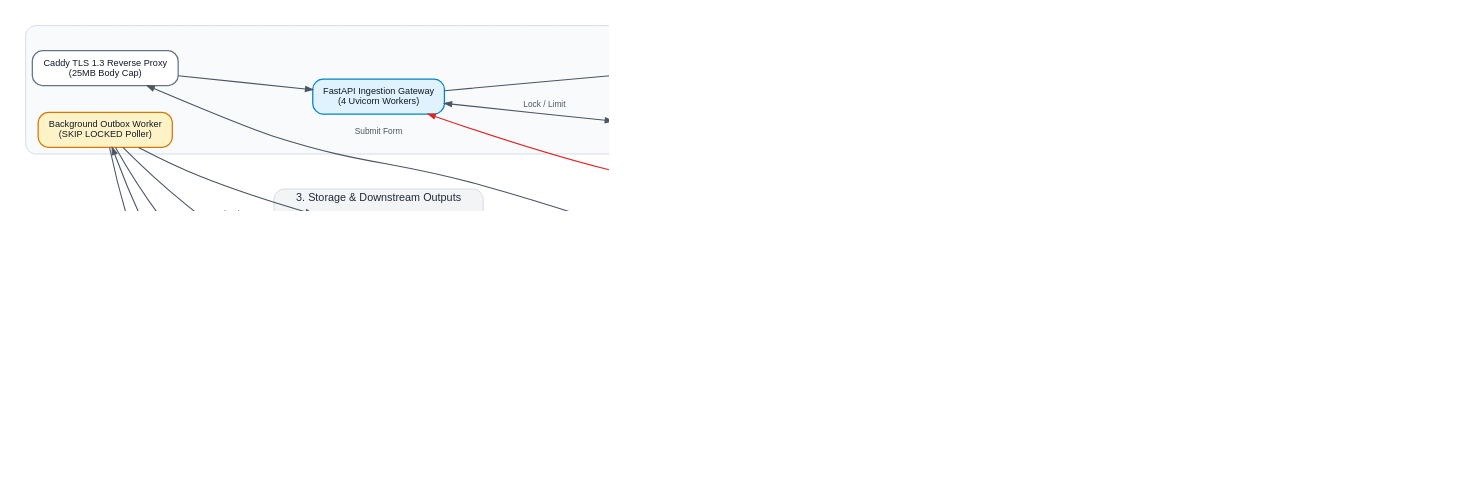
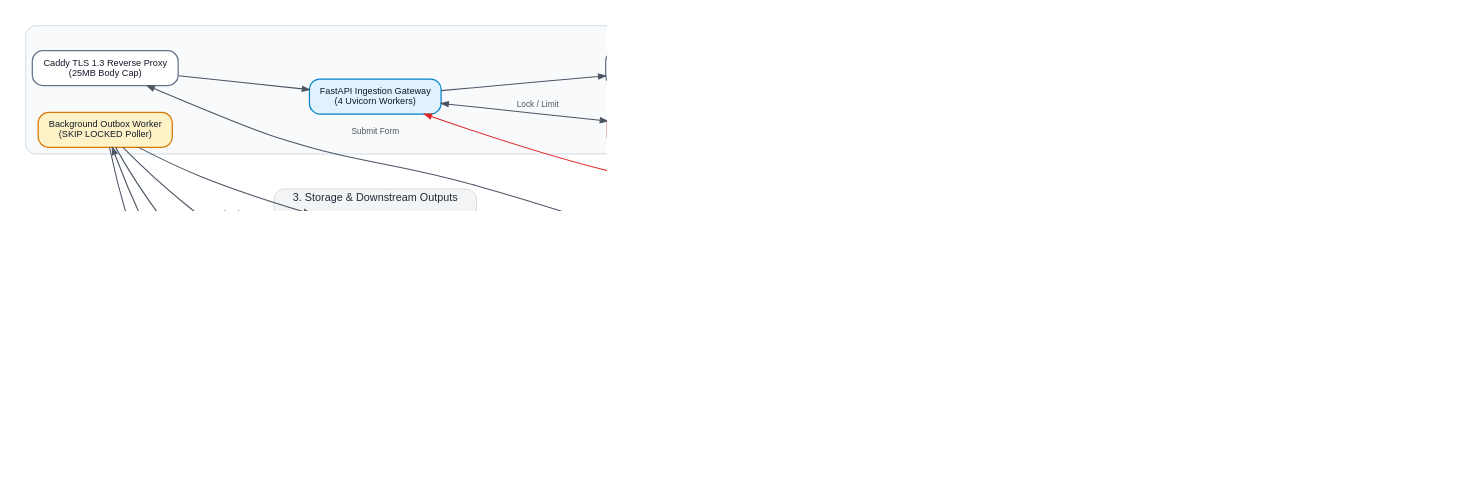
Before and after one commit to btanh3812155/survey-pipeline: the diagram in docs/charts/01_abstract_overall_flow.dot, drawn with Graphviz. The commit also changed 10 other files, not shown here.

Commit message:
docs: re-render all 7 flowcharts with 720x2160 dual-edge bounds and ribbon protection

```diff
--- a/docs/charts/01_abstract_overall_flow.dot
+++ b/docs/charts/01_abstract_overall_flow.dot
@@ -1,92 +1,92 @@
 
 digraph G {
     graph [
         rankdir=LR,
         bgcolor="white",
         dpi=180,
         compound=true,
         nodesep=0.45,
         ranksep=0.75,
         fontname="Helvetica, Arial, sans-serif",
         fontsize=13,
         fontcolor="#111827",
         pad="0.3,0.3"
     ];
     node [
         fontname="Helvetica, Arial, sans-serif",
         fontsize=11,
         fontcolor="#111827",
         shape=box,
         style="rounded,filled",
         fillcolor="#f9fafb",
         color="#9ca3af",
         penwidth=1.5,
         margin="0.2,0.12"
     ];
     edge [
         fontname="Helvetica, Arial, sans-serif",
         fontsize=10,
         fontcolor="#4b5563",
         color="#4b5563",
         penwidth=1.3,
         arrowsize=0.85
     ];
 
     subgraph cluster_edge {
         label="1. Edge Tier (Vietnam)";
         style="rounded,filled";
         fillcolor="#f3f4f6";
         color="#d1d5db";
         fontcolor="#1f2937";
         
         driver [label="Driver on Mobile\n(Lark Form + Telegram Group)", fillcolor="#e0f2fe", color="#0284c7"];
         tg_hub [label="Telegram Group Operational Hub\n(Drivers interact with Bot; Admins monitor live)", fillcolor="#e0f2fe", color="#0284c7"];
         staff [label="Management on Company PCs\n(Lark Base: Admin, QC, Telesales)", fillcolor="#ede9fe", color="#7c3aed"];
         clients [label="Paying Business Clients\n(Google Drive Customer Folder)", fillcolor="#fef3c7", color="#d97706"];
     }
 
     subgraph cluster_cloud {
         label="2. Cloud Processing Core (Singapore SGP1)";
         style="rounded,filled";
         fillcolor="#f8fafc";
         color="#cbd5e1";
         fontcolor="#1e293b";
 
         caddy [label="Caddy TLS 1.3 Reverse Proxy\n(25MB Body Cap)", fillcolor="#ffffff", color="#64748b"];
         fastapi [label="FastAPI Ingestion Gateway\n(4 Uvicorn Workers)", fillcolor="#e0f2fe", color="#0284c7"];
         redis [label="Redis 7 Cache & Queue\n(Session Locks & 3/8h Appeal Limit)", fillcolor="#fee2e2", color="#dc2626"];
-        sanitizer [label="In-Memory Sanitizer\n(EXIF, ELA, Blur, Exposure)", fillcolor="#ffffff", color="#64748b"];
+        sanitizer [label="In-Memory Dual-Bound Sanitizer\n(Short <= 720, Long <= 2160 WebP)", fillcolor="#ffffff", color="#64748b"];
         dual_ai [label="Dual AI Vision Extraction\nPrimary: DeepSeek Flash (2.0s)\nBackup: Gemini 3.5 (No Reasoning)", fillcolor="#e0e7ff", color="#4338ca"];
         rules [label="Python Deterministic Rule Engine\n(Immune to Prompt Injection)", fillcolor="#dcfce7", color="#16a34a"];
         outbox_worker [label="Background Outbox Worker\n(SKIP LOCKED Poller)", fillcolor="#fef3c7", color="#d97706"];
     }
 
     subgraph cluster_storage {
         label="3. Storage & Downstream Outputs";
         style="rounded,filled";
         fillcolor="#f3f4f6";
         color="#d1d5db";
         fontcolor="#1f2937";
 
         postgres [label="PostgreSQL Database\n(survey_submissions + outbox_events)", fillcolor="#e0f2fe", color="#0284c7"];
         r2 [label="Cloudflare R2 Storage\n(Permanent $0 Egress Archive)", fillcolor="#fef3c7", color="#d97706"];
         gdrive [label="Google Drive Folder\n(Customer Deliverable Reports & Photos)", fillcolor="#dcfce7", color="#16a34a"];
         lark_cloud [label="Bytedance Lark Cloud Workspace\n(Admin Grid, QC Kanban, Telesales)", fillcolor="#ede9fe", color="#7c3aed"];
-        zns [label="Zalo ZNS Gateway\n(Official Thank-You to Driver - No Consent)", fillcolor="#e0f2fe", color="#0284c7"];
+        zns [label="Zalo ZNS Gateway\n(Official Thank-You to Driver Phone)", fillcolor="#e0f2fe", color="#0284c7"];
     }
 
     driver -> caddy [label="Submit Form"];
     caddy -> fastapi;
     fastapi -> redis [dir=both, label="Lock / Limit"];
     fastapi -> sanitizer -> dual_ai -> rules;
     rules -> postgres [label="Approved (Atomic Commit)"];
     rules -> tg_hub [label="Rejection Notice / 1-Click Retake", style=dashed, color="#dc2626"];
     driver -> tg_hub [label="Interacts / Retakes Photo / Appeals", color="#0284c7"];
     tg_hub -> fastapi [label="1-Click Admin Moderation / Retake", color="#dc2626"];
     postgres -> outbox_worker [dir=both];
     outbox_worker -> r2;
     outbox_worker -> gdrive -> clients;
     outbox_worker -> lark_cloud;
     lark_cloud -> staff [dir=both, label="Manage / QC / Telesales"];
     outbox_worker -> zns -> driver [label="ZNS Thank-You"];
 }
```
